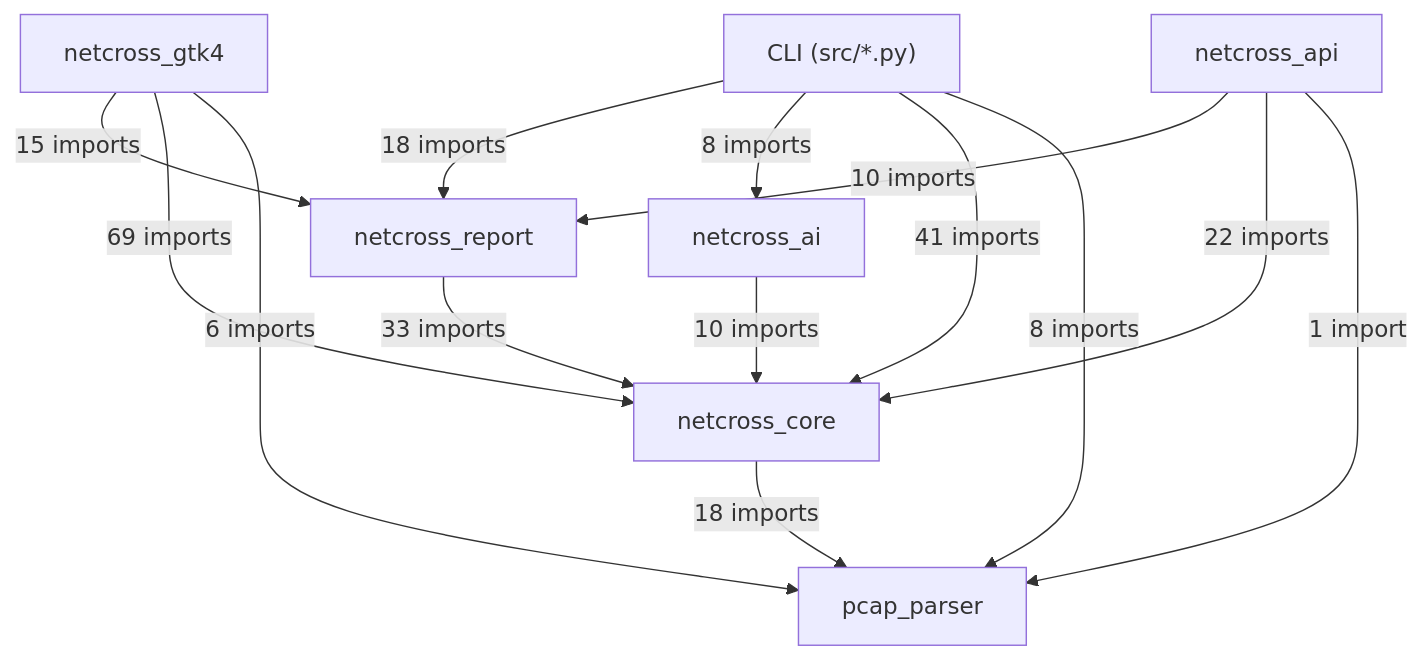
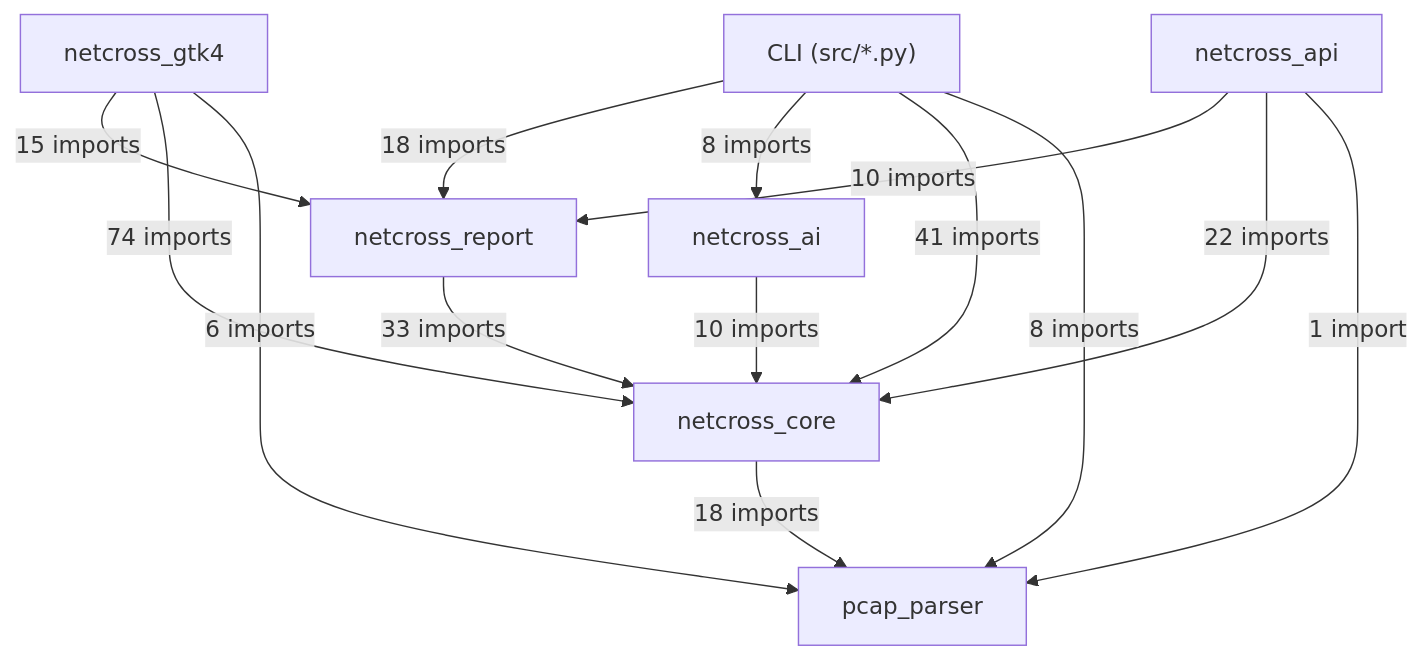
Before and after one commit to Mathide-Team/Netcross: the first of 19 diagrams in docs/class-diagram.md, drawn with Mermaid. The commit also changed other lines of this file and 7 other files, not shown here.

````diff
--- a/docs/class-diagram.md
+++ b/docs/class-diagram.md
@@ -26,23 +26,23 @@
 ```mermaid
 flowchart TD
     CLI["CLI (src/*.py)"]
     netcross_gtk4["netcross_gtk4"]
     netcross_api["netcross_api"]
     netcross_report["netcross_report"]
     netcross_ai["netcross_ai"]
     netcross_core["netcross_core"]
     pcap_parser["pcap_parser"]
     CLI -->|"18 imports"| netcross_report
     CLI -->|"8 imports"| netcross_ai
     CLI -->|"41 imports"| netcross_core
     CLI -->|"8 imports"| pcap_parser
     netcross_gtk4 -->|"15 imports"| netcross_report
-    netcross_gtk4 -->|"69 imports"| netcross_core
+    netcross_gtk4 -->|"74 imports"| netcross_core
     netcross_gtk4 -->|"6 imports"| pcap_parser
     netcross_api -->|"10 imports"| netcross_report
     netcross_api -->|"22 imports"| netcross_core
     netcross_api -->|"1 import"| pcap_parser
     netcross_report -->|"33 imports"| netcross_core
     netcross_ai -->|"10 imports"| netcross_core
     netcross_core -->|"18 imports"| pcap_parser
 ```
````
